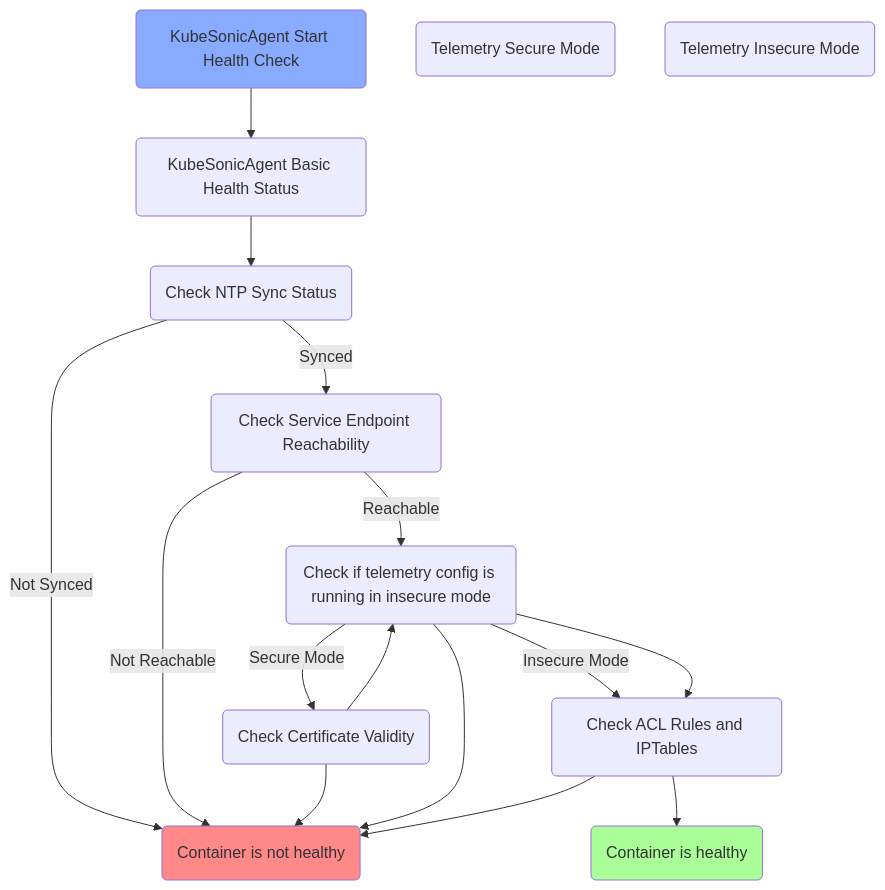
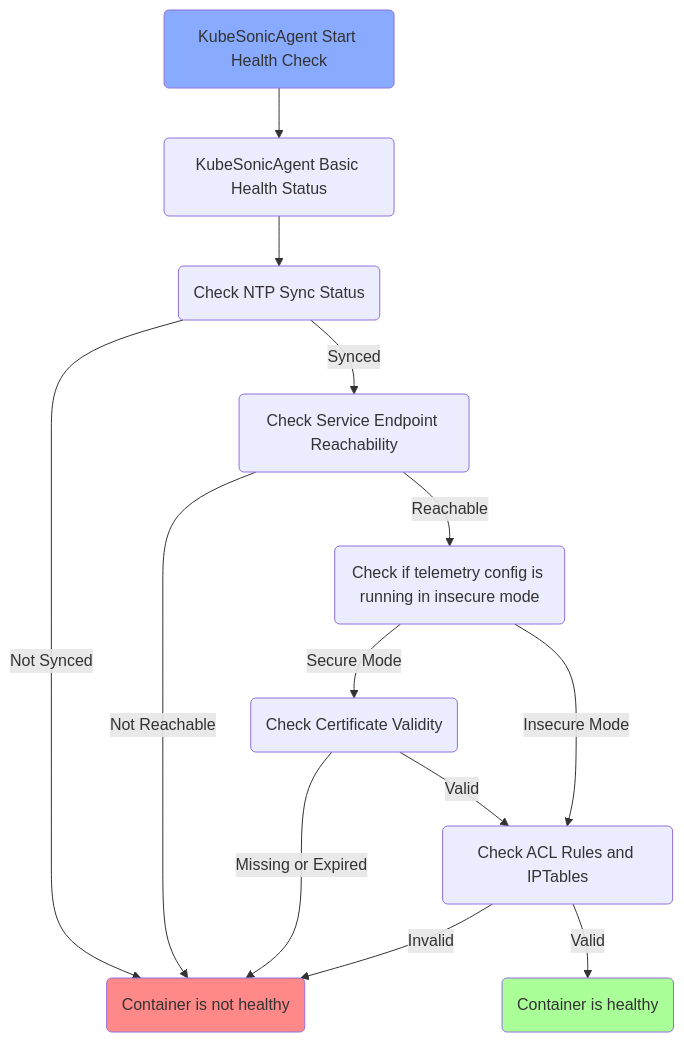
The diagram in telemetry_wd.md (zbud-msft/mermaid), drawn with Mermaid before and after one commit.

````diff
--- a/telemetry_wd.md
+++ b/telemetry_wd.md
@@ -1,32 +1,28 @@
 ```mermaid
 flowchart
     Start(KubeSonicAgent Start Health Check)
     style Start fill:#8AF
     Health_Status(KubeSonicAgent Basic Health Status)
     NTP_Sync(Check NTP Sync Status)
     Unhealthy(Container is not healthy)
     style Unhealthy fill:#F88
     Endpoint_Reachability(Check Service Endpoint Reachability)
     Telemetry_Config(Check if telemetry config is running in insecure mode)
-    Secure_mode(Telemetry Secure Mode)
-    Insecure_mode(Telemetry Insecure Mode)
     Cert_Validity(Check Certificate Validity)
     ACL_Rules(Check ACL Rules and IPTables)
     Healthy(Container is healthy)
     style Healthy fill:#AF9
 
     Start --> Health_Status
     Health_Status --> NTP_Sync
     NTP_Sync -->|Not Synced|Unhealthy
     NTP_Sync -->|Synced|Endpoint_Reachability
     Endpoint_Reachability -->|Not Reachable|Unhealthy
     Endpoint_Reachability -->|Reachable|Telemetry_Config
     Telemetry_Config -->|Secure Mode|Cert_Validity
     Telemetry_Config -->|Insecure Mode|ACL_Rules
-    Cert_Validity --> Unhealthy
-    Cert_Validity --> Telemetry_Config
-    Telemetry_Config --> Unhealthy
-    Telemetry_Config --> ACL_Rules
-    ACL_Rules --> Unhealthy
-    ACL_Rules --> Healthy
+    Cert_Validity -->|Missing or Expired|Unhealthy
+    Cert_Validity -->|Valid|ACL_Rules
+    ACL_Rules -->|Invalid|Unhealthy
+    ACL_Rules -->|Valid|Healthy
 ```
````
